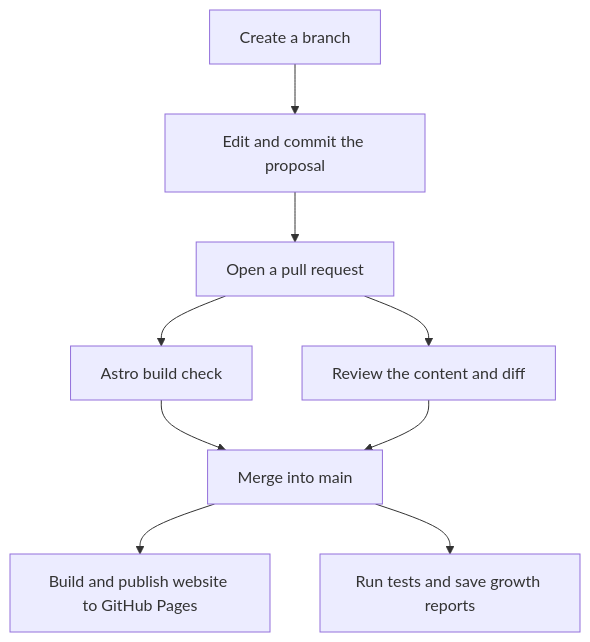
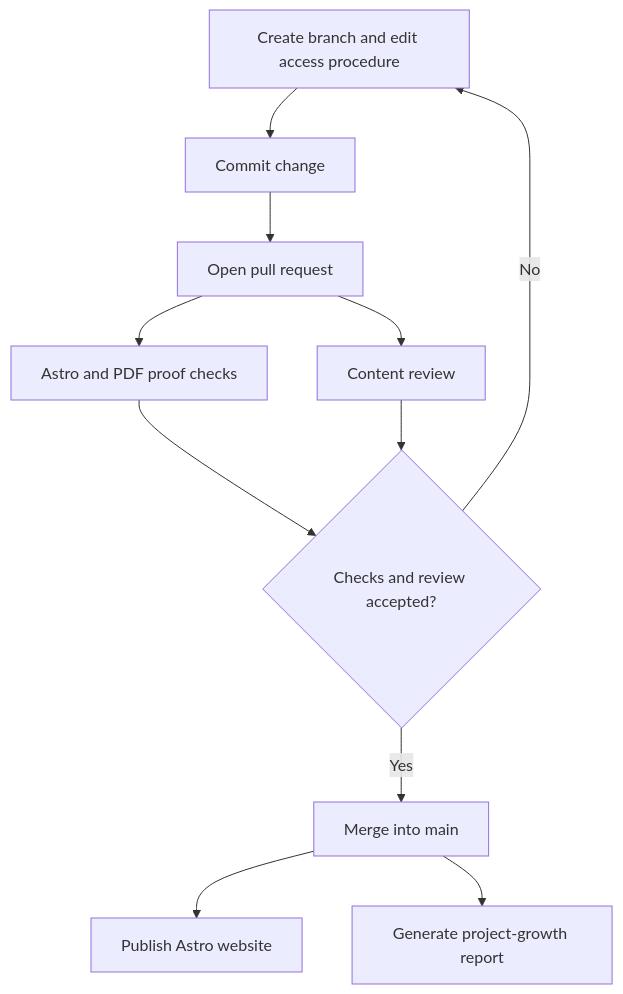
Before and after one commit to And-Gu/document-as-code-lab: the diagram in assets/diagrams/workspace-to-automation.mmd, drawn with Mermaid. The commit also changed 25 other files, not shown here.

Commit message:
Add Project Control Center and revise GitHub workspace chapter

```diff
--- a/assets/diagrams/workspace-to-automation.mmd
+++ b/assets/diagrams/workspace-to-automation.mmd
@@ -1,14 +1,11 @@
 flowchart TD
-    branch["Create a branch"]
-    edit["Edit and commit the proposal"]
-    pr["Open a pull request"]
-    check["Astro build check"]
-    review["Review the content and diff"]
-    merge["Merge into main"]
-    website["Build and publish website to GitHub Pages"]
-    growth["Run tests and save growth reports"]
-    branch --> edit --> pr
-    pr --> check --> merge
-    pr --> review --> merge
-    merge --> website
-    merge --> growth
+    A[Create branch and edit access procedure] --> B[Commit change]
+    B --> C[Open pull request]
+    C --> D[Astro and PDF proof checks]
+    C --> E[Content review]
+    D --> F{Checks and review accepted?}
+    E --> F
+    F -->|Yes| G[Merge into main]
+    F -->|No| A
+    G --> H[Publish Astro website]
+    G --> I[Generate project-growth report]
```
